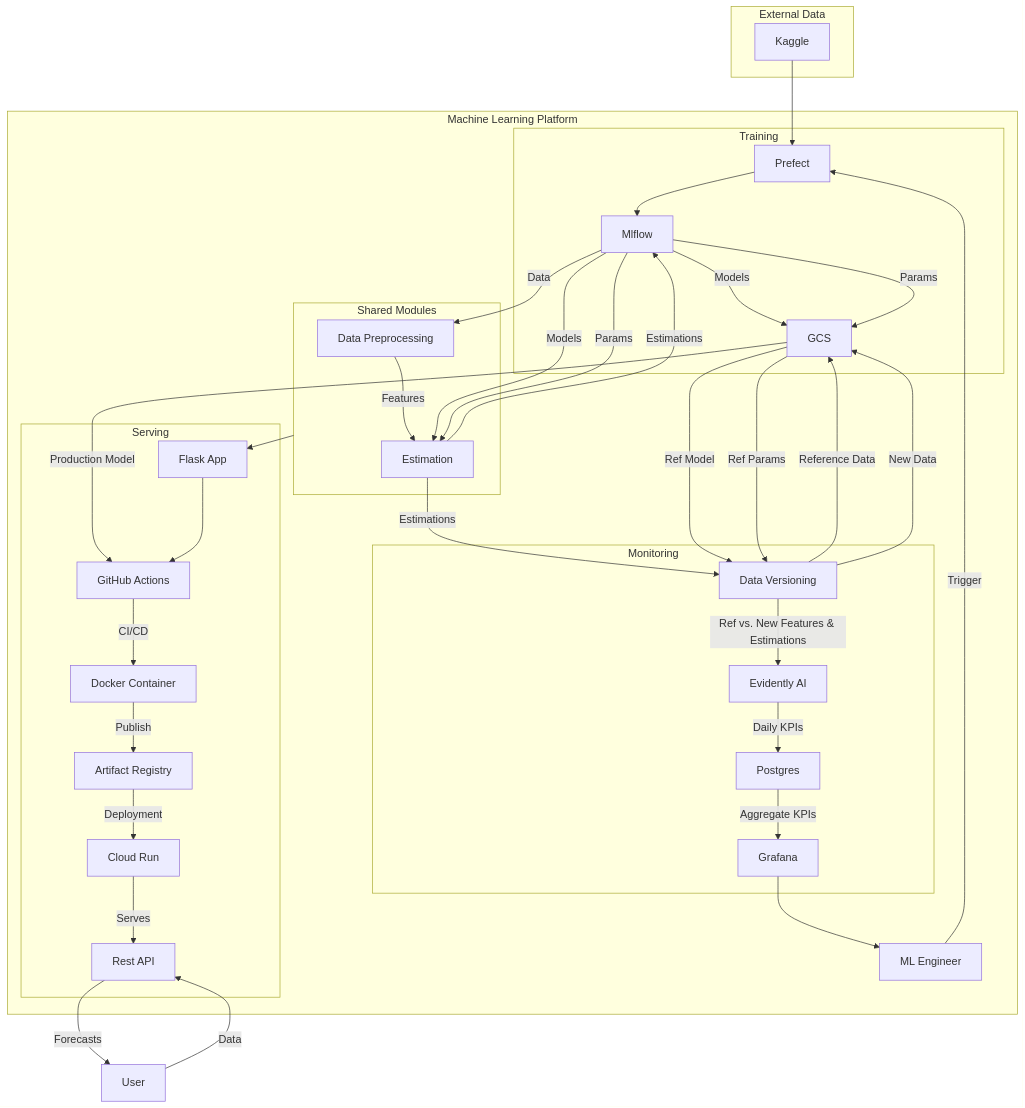
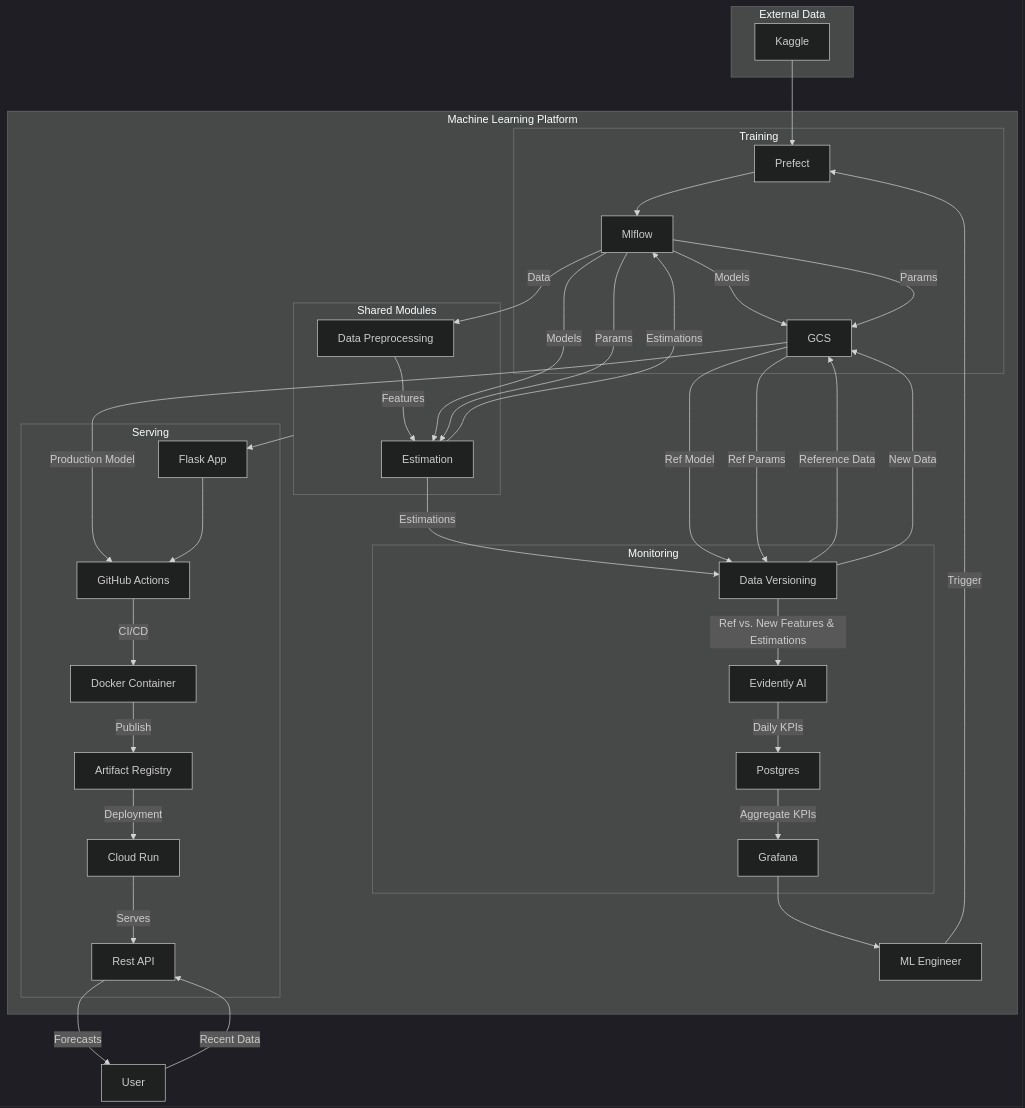
The diagram in README.md (OnurKerimoglu/stocks_forecasting_live), drawn with Mermaid before and after one commit. The commit also changed other lines of this file, not shown here.

Commit message:
readme: minor adjustment

````diff
--- a/README.md
+++ b/README.md
@@ -44,66 +44,68 @@
 ```mermaid
 ---
 config:
   layout: dagre
+  look: classic
+  theme: dark
 ---
  flowchart TB
  subgraph Ext["External Data"]
         DSource["Kaggle"]
   end
  subgraph Shared["Shared Modules"]
         DataPP["Data Preprocessing"]
         Predictor["Estimation"]
   end
  subgraph Training["Training"]
         MlDl["GCS"]
         Pr["Prefect"]
         Mlf["Mlflow"]
   end
  subgraph Serving["Serving"]
         GHA["GitHub Actions"]
         Flask["Flask App"]
         AR["Artifact Registry"]
         CE["Cloud Run"]
         RAPI["Rest API"]
         Container["Docker Container"]
   end
  subgraph Monitoring["Monitoring"]
         DV["Data Versioning"]
         Ev["Evidently AI"]
         Mdashboards["Grafana"]
         DB["Postgres"]
   end
  subgraph MLPl["Machine Learning Platform"]
         MLE["ML Engineer"]
         Shared
         Training
         Serving
         Monitoring
   end
     DSource --> Pr
     DataPP -- Features --> Predictor
     Predictor -- Estimations --> Mlf
     Predictor-- Estimations --> DV
     Shared --> Flask
     Pr --> Mlf
     Mlf -- Models --> MlDl & Predictor
     Mlf -- Params --> MlDl & Predictor
     Mlf -- Data --> DataPP
     MlDl -- Production Model --> GHA
     Flask --> GHA
     GHA -- CI/CD --> Container
     Container -- Publish --> AR
     AR -- Deployment --> CE
     CE -- Serves --> RAPI
     MlDl -- Ref Model --> DV
     MlDl -- Ref Params --> DV
     DV -- Reference Data --> MlDl
     DV -- New Data --> MlDl
     DV -- Ref vs. New Features & Estimations --> Ev
     Ev -- Daily KPIs --> DB
     DB -- Aggregate KPIs --> Mdashboards
     MLE -- Trigger --> Pr
     Mdashboards --> MLE
-    User -- Data --> RAPI
+    User -- Recent Data --> RAPI
     RAPI -- Forecasts --> User
 ```
````
